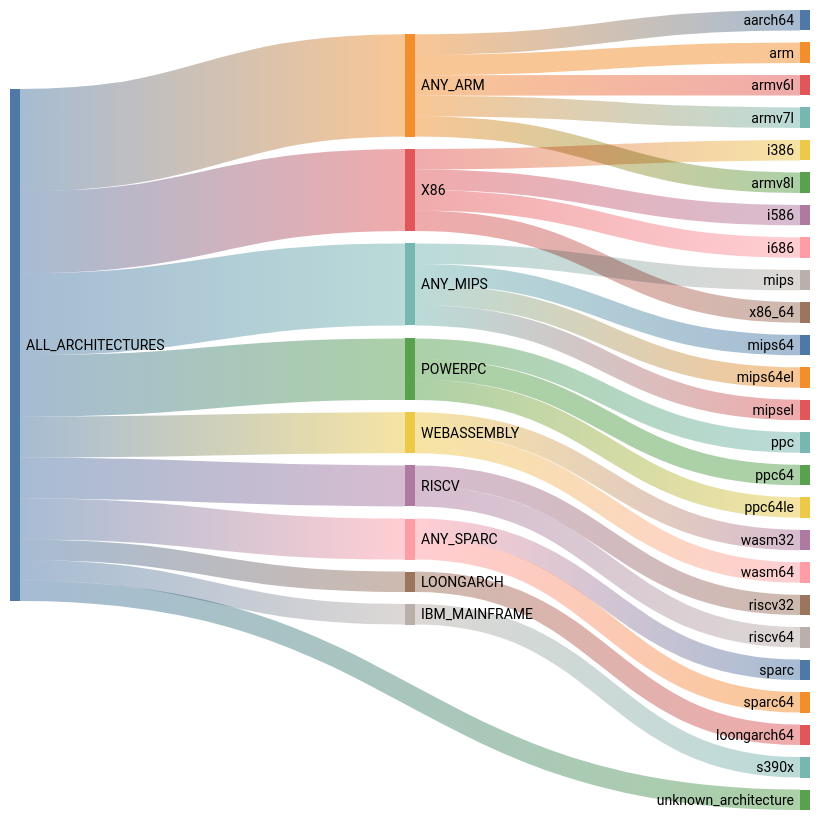
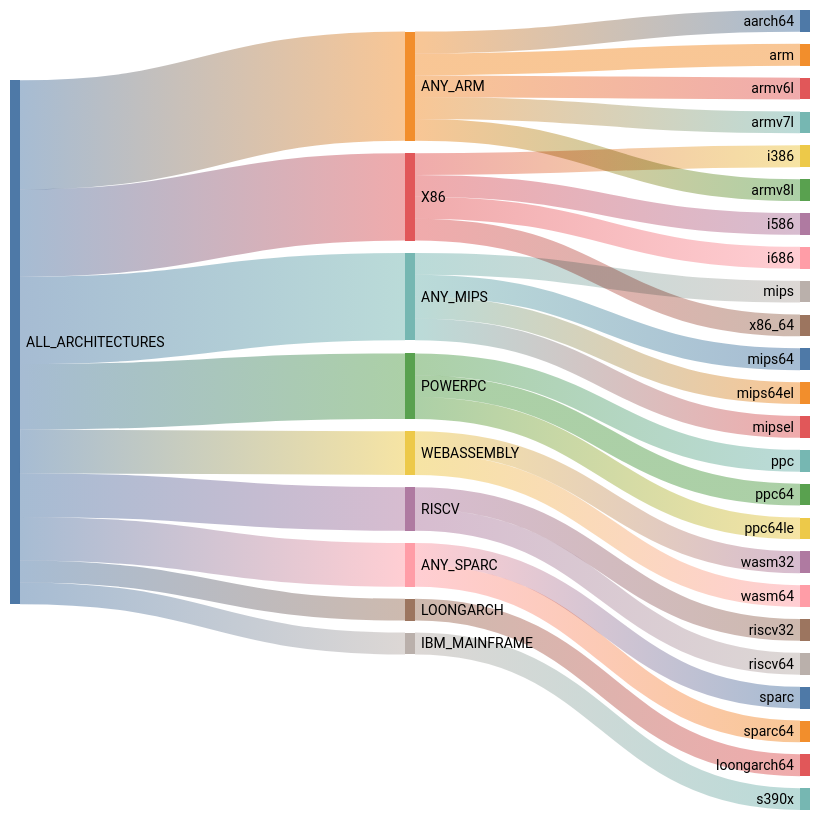
One commit to kdeldycke/extra-platforms changed the first of 2 diagrams in docs/architectures.md. Above: the diagram before and after it, drawn with Mermaid (neutral theme). The commit also changed other lines of this file and 20 other files, not shown here.

Commit message:
Regroup all unknown traits

````diff
--- a/docs/architectures.md
+++ b/docs/architectures.md
@@ -83,41 +86,40 @@
 ```mermaid
 ---
 config: {"sankey": {"showValues": false, "width": 800, "height": 800}}
 ---
 sankey-beta
 
 ALL_ARCHITECTURES,ANY_ARM,5
 ALL_ARCHITECTURES,X86,4
 ALL_ARCHITECTURES,ANY_MIPS,4
 ALL_ARCHITECTURES,POWERPC,3
 ALL_ARCHITECTURES,WEBASSEMBLY,2
 ALL_ARCHITECTURES,RISCV,2
 ALL_ARCHITECTURES,ANY_SPARC,2
 ALL_ARCHITECTURES,LOONGARCH,1
 ALL_ARCHITECTURES,IBM_MAINFRAME,1
 ANY_ARM,aarch64,1
 ANY_ARM,arm,1
 ANY_ARM,armv6l,1
 ANY_ARM,armv7l,1
 ANY_ARM,armv8l,1
 X86,i386,1
 X86,i586,1
 X86,i686,1
 X86,x86_64,1
 ANY_MIPS,mips,1
 ANY_MIPS,mips64,1
 ANY_MIPS,mips64el,1
 ANY_MIPS,mipsel,1
 POWERPC,ppc,1
 POWERPC,ppc64,1
 POWERPC,ppc64le,1
 WEBASSEMBLY,wasm32,1
 WEBASSEMBLY,wasm64,1
 RISCV,riscv32,1
 RISCV,riscv64,1
 ANY_SPARC,sparc,1
 ANY_SPARC,sparc64,1
 LOONGARCH,loongarch64,1
 IBM_MAINFRAME,s390x,1
-ALL_ARCHITECTURES,unknown_architecture,1
 ```
````
